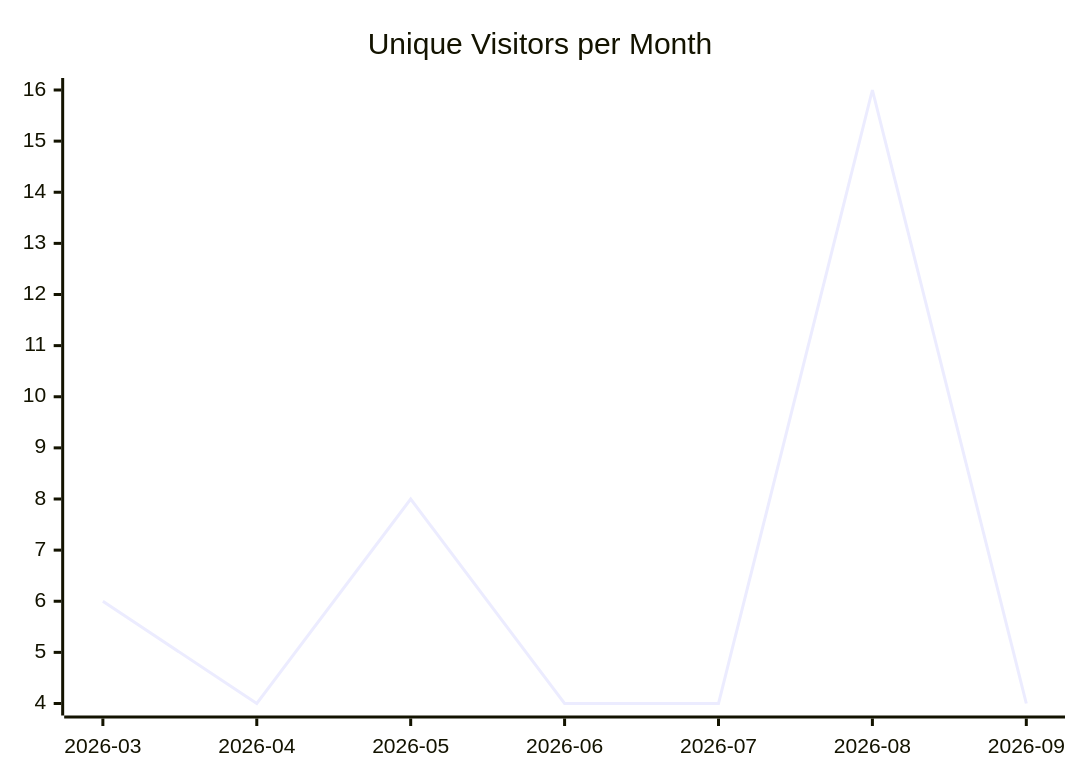
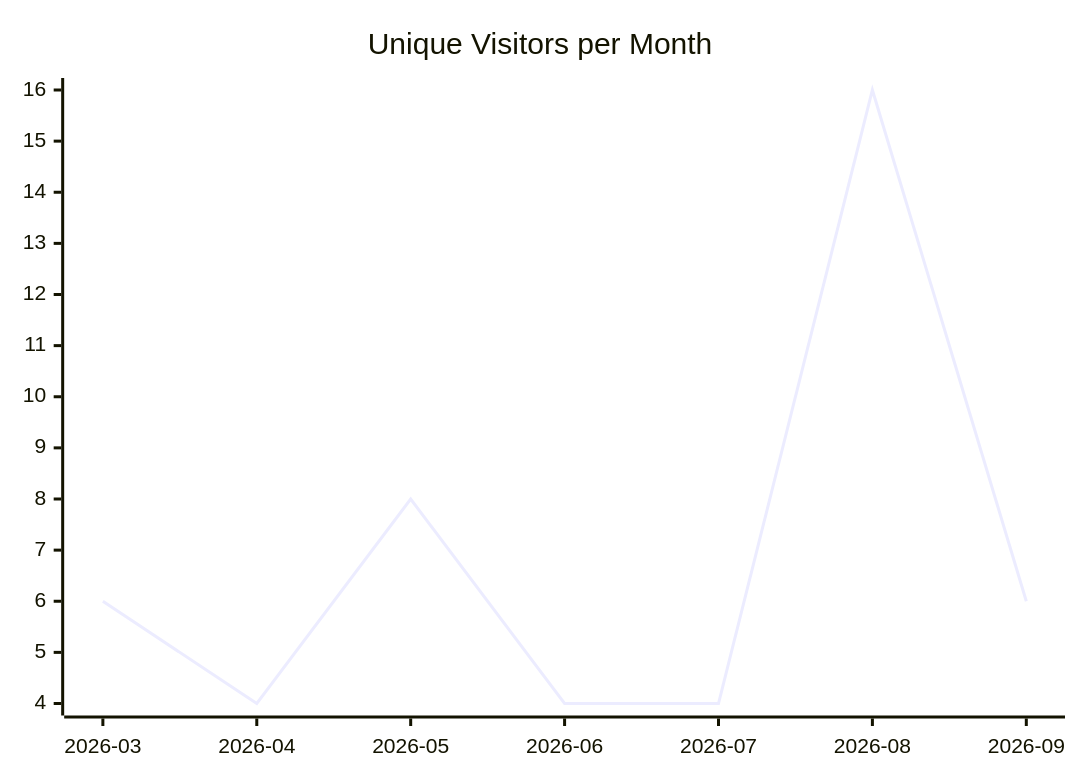
Before and after one commit to justdavis-family/github-analytics-data: the first of 3 diagrams in karlmdavis/xmlpull/README.md, drawn with Mermaid. The commit also changed other lines of this file and 191 other files, not shown here.

````diff
--- a/karlmdavis/xmlpull/README.md
+++ b/karlmdavis/xmlpull/README.md
@@ -5,6 +5,6 @@
 ```mermaid
 xychart-beta
   title "Unique Visitors per Month"
   x-axis ["2026-03", "2026-04", "2026-05", "2026-06", "2026-07", "2026-08", "2026-09"]
-  line [6, 4, 8, 4, 4, 16, 4]
+  line [6, 4, 8, 4, 4, 16, 6]
 ```
````
